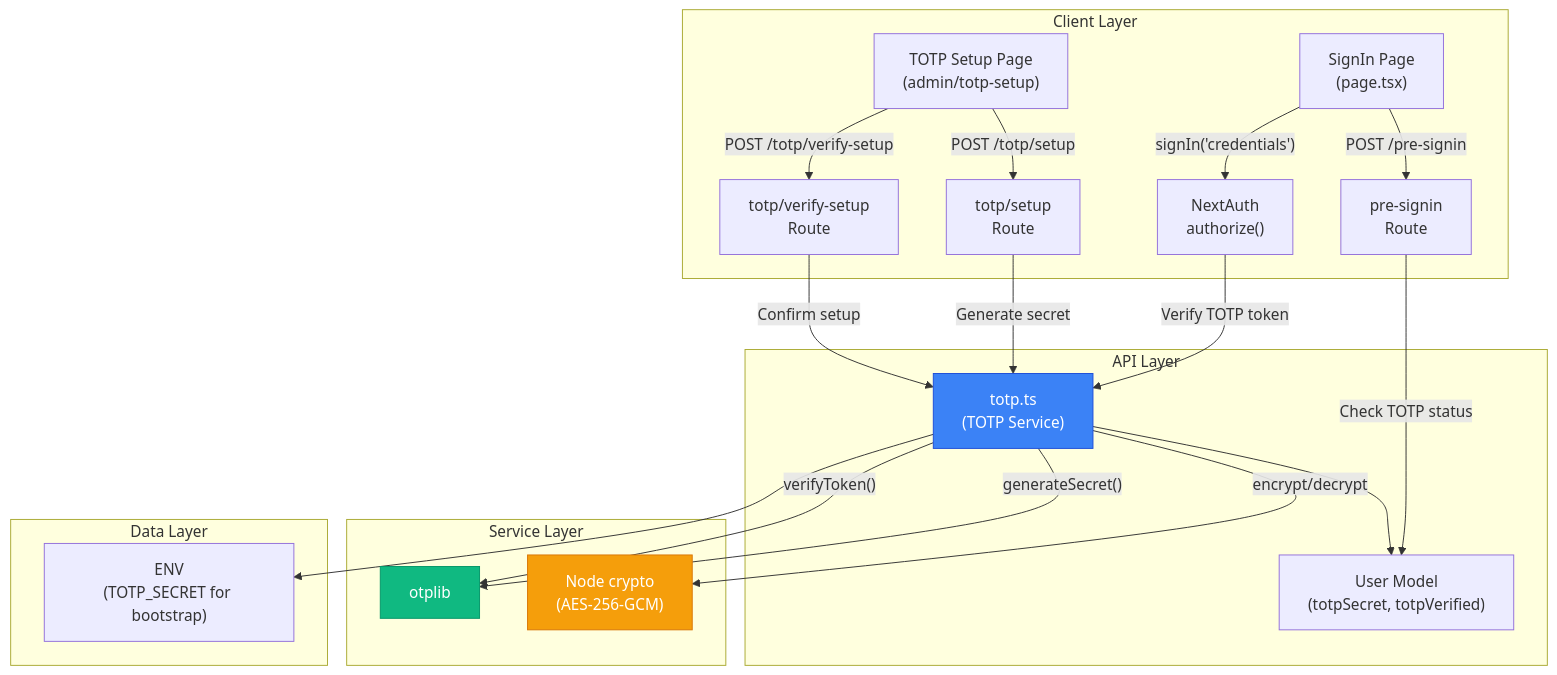
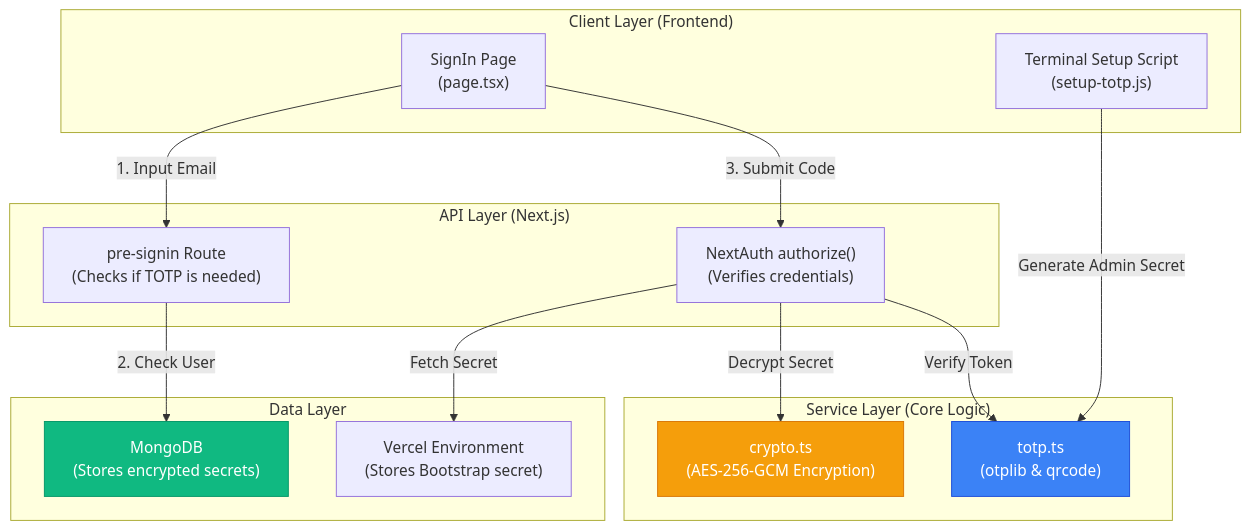
One commit to iamsujanstha/dynamic-portfolio-webapp changed the first of 2 diagrams in totp.md. Above: the diagram before and after it, drawn with Mermaid. The commit also changed other lines of this file, not shown here.

Commit message:
docs: rewrite totp documentation with system design, architecture diagrams, and flow explanations

````diff
--- a/totp.md
+++ b/totp.md
@@ -425,35 +31,35 @@
 ```mermaid
 graph TD
-    subgraph "Client Layer"
-        A["SignIn Page<br/>(page.tsx)"] -->|"POST /pre-signin"| B
-        A -->|"signIn('credentials')"| D
-        E["TOTP Setup Page<br/>(admin/totp-setup)"] -->|"POST /totp/setup"| F
-        E -->|"POST /totp/verify-setup"| G
+    subgraph "Client Layer (Frontend)"
+        A["SignIn Page<br/>(page.tsx)"]
+        B["Terminal Setup Script<br/>(setup-totp.js)"]
     end
 
-    subgraph "API Layer"
-        B["pre-signin<br/>Route"] -->|"Check TOTP status"| H
-        D["NextAuth<br/>authorize()"] -->|"Verify TOTP token"| I
-        F["totp/setup<br/>Route"] -->|"Generate secret"| I
-        G["totp/verify-setup<br/>Route"] -->|"Confirm setup"| I
+    subgraph "API Layer (Next.js)"
+        C["pre-signin Route<br/>(Checks if TOTP is needed)"]
+        D["NextAuth authorize()<br/>(Verifies credentials)"]
     end
 
-    subgraph "Service Layer"
-        I["totp.ts<br/>(TOTP Service)"]
-        I -->|"generateSecret()"| J["otplib"]
-        I -->|"verifyToken()"| J
-        I -->|"encrypt/decrypt"| K["Node crypto<br/>(AES-256-GCM)"]
+    subgraph "Service Layer (Core Logic)"
+        E["totp.ts<br/>(otplib & qrcode)"]
+        F["crypto.ts<br/>(AES-256-GCM Encryption)"]
     end
 
     subgraph "Data Layer"
-        H["User Model<br/>(totpSecret, totpVerified)"]
-        L["ENV<br/>(TOTP_SECRET for bootstrap)"]
+        G["MongoDB<br/>(Stores encrypted secrets)"]
+        H["Vercel Environment<br/>(Stores Bootstrap secret)"]
     end
 
-    I --> H
-    I --> L
-
-    style I fill:#3b82f6,stroke:#1d4ed8,color:#fff
-    style J fill:#10b981,stroke:#059669,color:#fff
-    style K fill:#f59e0b,stroke:#d97706,color:#fff
+    A -->|"1. Input Email"| C
+    C -->|"2. Check User"| G
+    A -->|"3. Submit Code"| D
+    
+    B -->|"Generate Admin Secret"| E
+    D -->|"Fetch Secret"| H
+    D -->|"Decrypt Secret"| F
+    D -->|"Verify Token"| E
+    
+    style E fill:#3b82f6,stroke:#1d4ed8,color:#fff
+    style F fill:#f59e0b,stroke:#d97706,color:#fff
+    style G fill:#10b981,stroke:#059669,color:#fff
 ```
````
